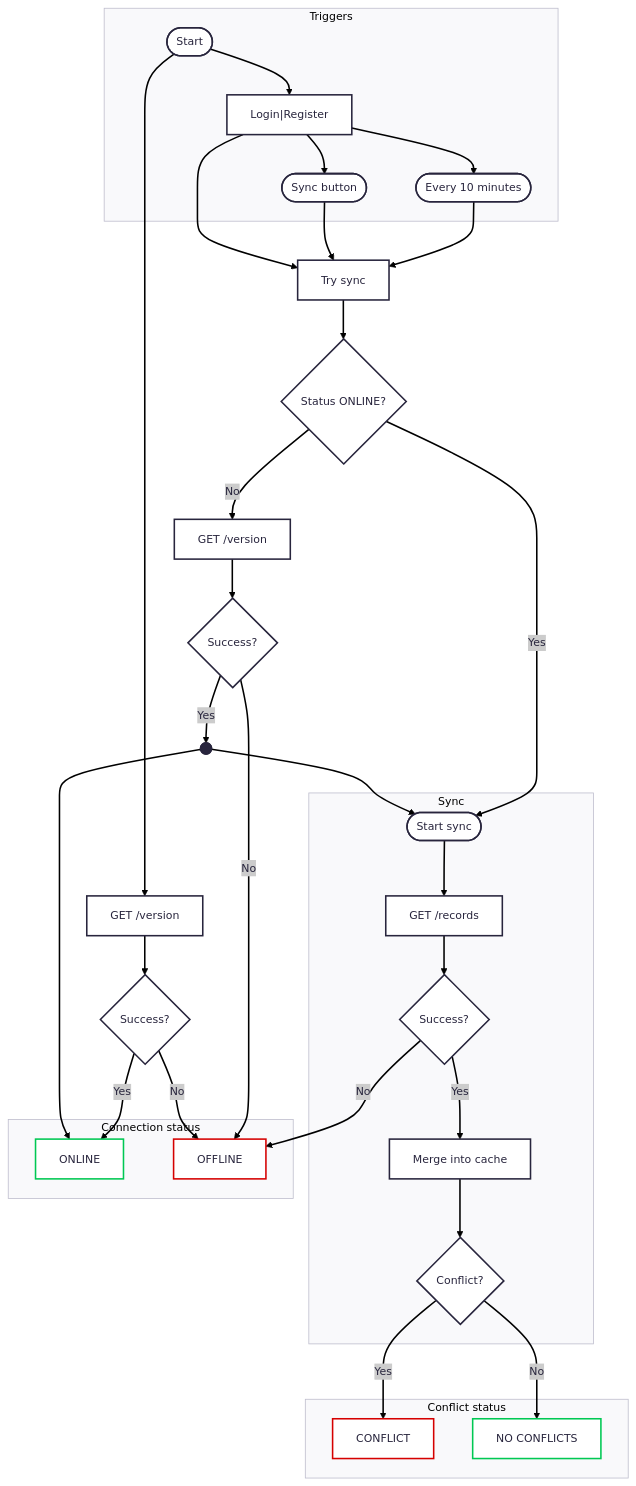
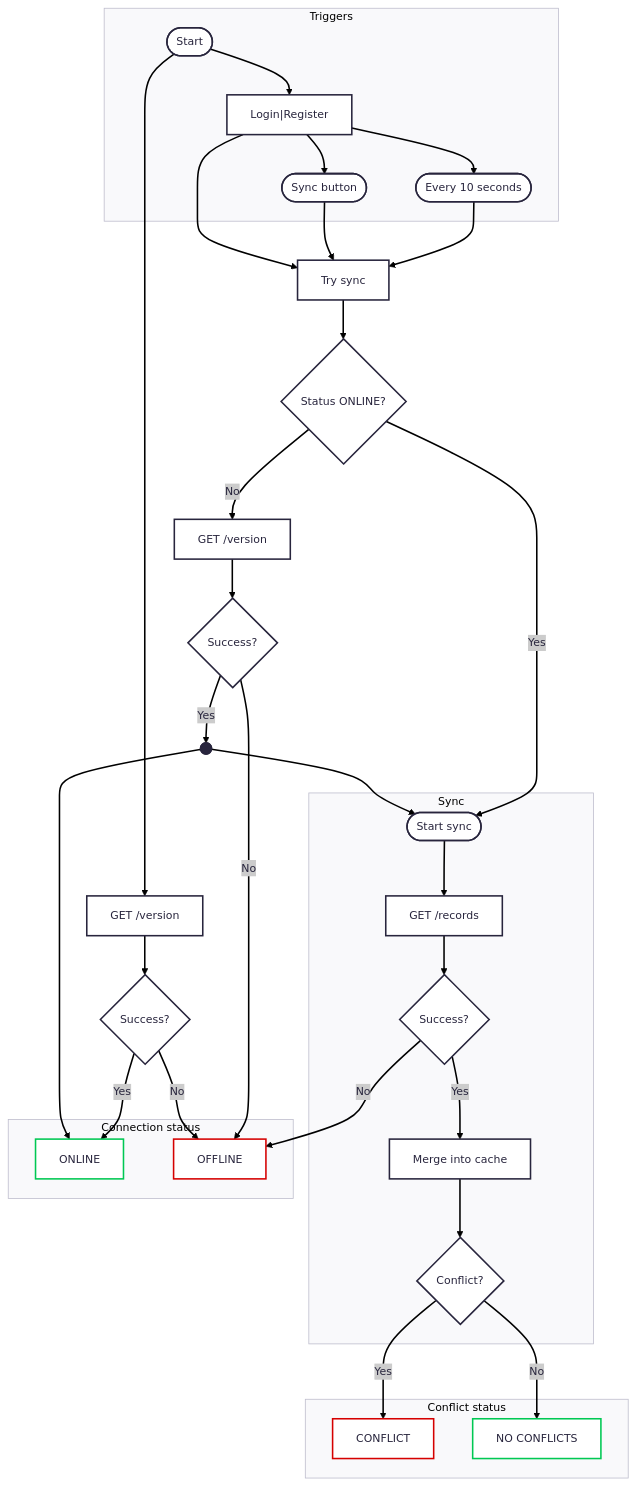
The diagram in README.md (grnsv/GophKeeper), drawn with Mermaid before and after one commit. The commit also changed other lines of this file and 7 other files, not shown here.

````diff
--- a/README.md
+++ b/README.md
@@ -162,56 +162,56 @@
 ```mermaid
 ---
 config:
   theme: redux
   layout: dagre
 ---
 flowchart TD
  subgraph s1["Triggers"]
         n2["Login|Register"]
         n1(["Start"])
         n3(["Sync button"])
-        n4(["Every 10 minutes"])
+        n4(["Every 10 seconds"])
   end
  subgraph s2["Sync"]
         n10(["Start sync"])
         n12["GET /records"]
         n14{"Success?"}
         n15["Merge into cache"]
         n16{"Conflict?"}
   end
  subgraph s3["Connection status"]
         n17["ONLINE"]
         n18["OFFLINE"]
   end
  subgraph s4["Conflict status"]
         n19["CONFLICT"]
         n20["NO CONFLICTS"]
   end
     n1 --> n2 & n11["GET /version"]
     n2 --> n5["Try sync"] & n3
     n3 --> n5
     n4 --> n5
     n5 --> n6{"Status ONLINE?"}
     n6 -- No --> n7["GET /version"]
     n7 --> n8{"Success?"}
     n8 -- Yes --> n9
     n9 --> n10 & n17
     n6 -- Yes --> n10
     n10 --> n12
     n11 --> n13{"Success?"}
     n12 --> n14
     n13 -- No --> n18
     n13 -- Yes --> n17
     n14 -- Yes --> n15
     n14 -- No --> n18
     n15 --> n16
     n16 -- Yes --> n19
     n16 -- No --> n20
     n8 -- No --> n18
     n2 --> n4
     n9@{ shape: junction}
     style n17 stroke:#00C853
     style n18 stroke:#D50000
     style n19 stroke:#D50000
     style n20 stroke:#00C853
 ```
````
